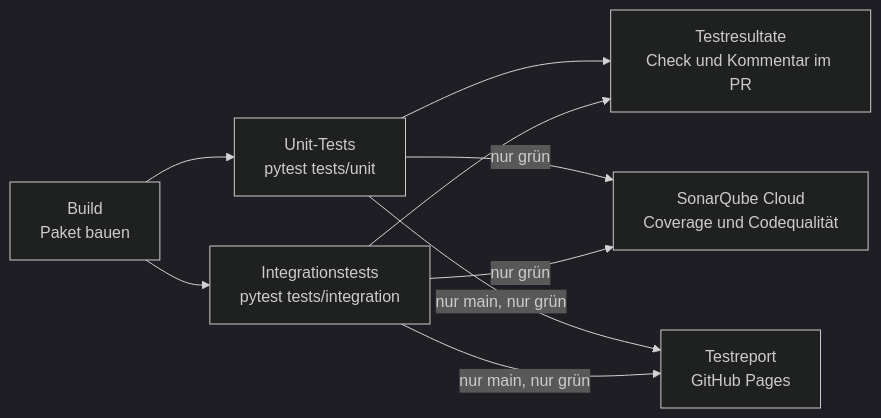
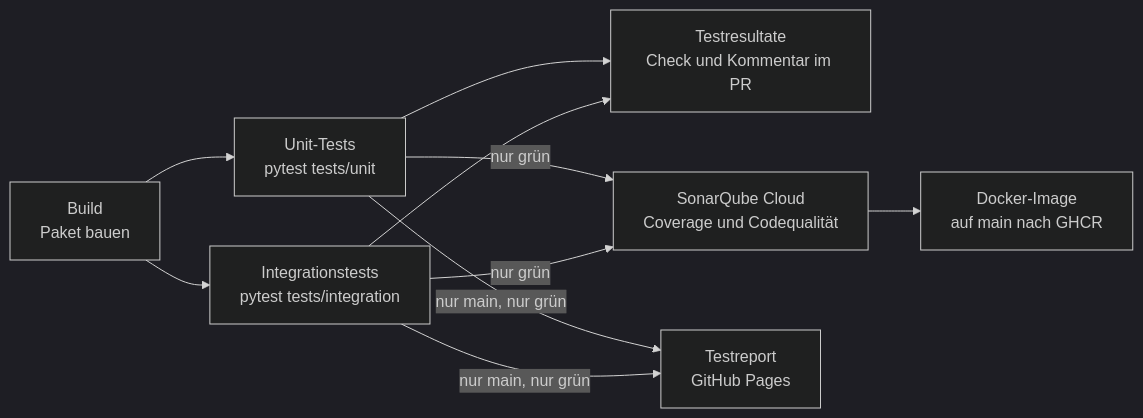
One commit to NicolasHunger/bollinger-bot changed the second of 2 diagrams in README.md. Above: the diagram before and after it, drawn with Mermaid (dark theme). The commit also changed other lines of this file and 1 other file, not shown here.

First line of the commit message:
README und CLAUDE.md: Docker-Image und Deploy mit Docker Compose

````diff
--- a/README.md
+++ b/README.md
@@ -229,8 +229,9 @@
 ```mermaid
 flowchart LR
     build["Build<br/>Paket bauen"] --> unit["Unit-Tests<br/>pytest tests/unit"]
     build --> integration["Integrationstests<br/>pytest tests/integration"]
     unit & integration --> resultate["Testresultate<br/>Check und Kommentar im PR"]
     unit & integration -->|"nur grün"| sonar["SonarQube Cloud<br/>Coverage und Codequalität"]
     unit & integration -->|"nur main, nur grün"| pages["Testreport<br/>GitHub Pages"]
+    sonar --> image["Docker-Image<br/>auf main nach GHCR"]
 ```
````
